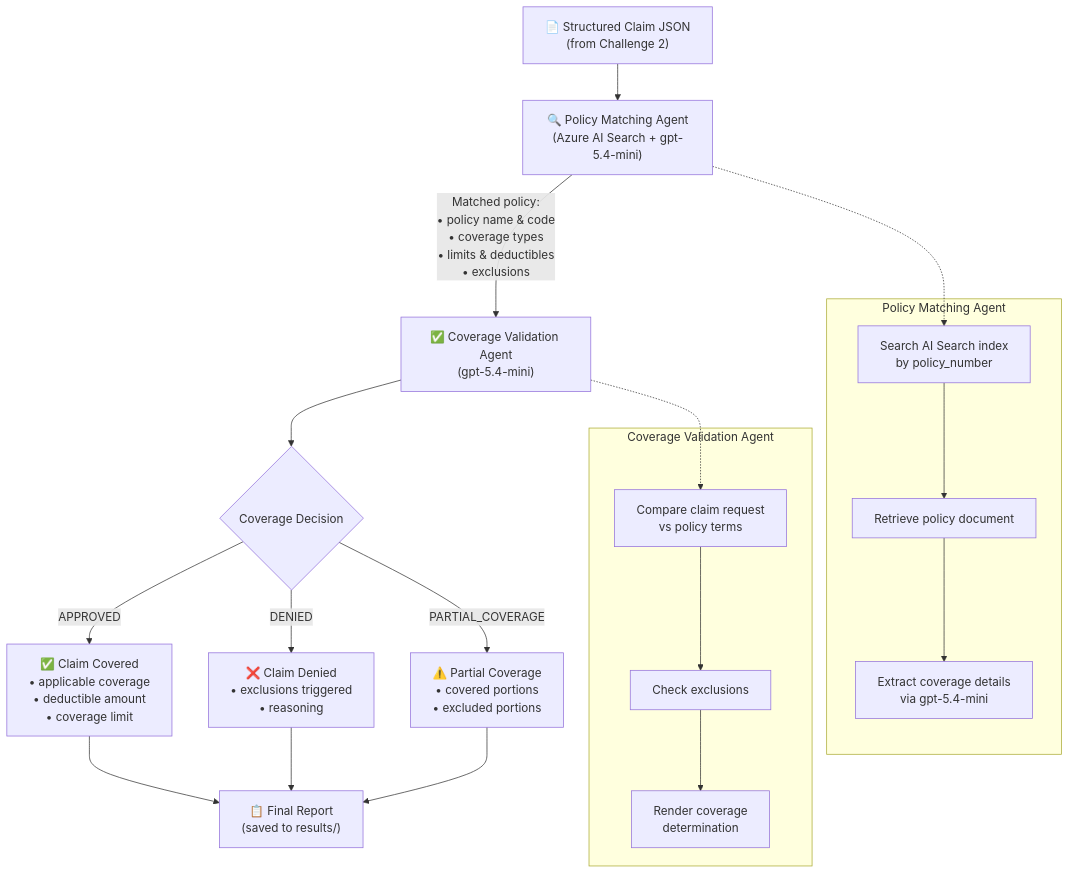
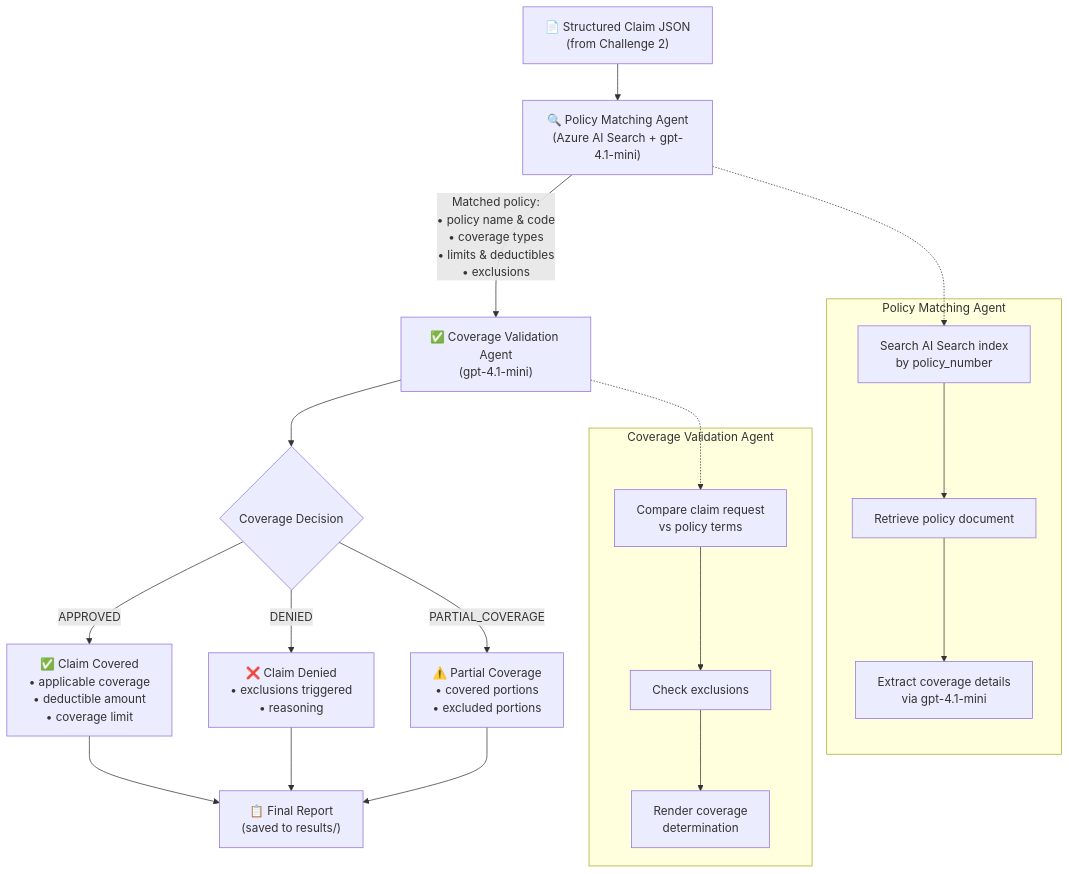
The diagram in challenge-6/README.md (Azure-Samples/claims-processing-hack), drawn with Mermaid before and after one commit. The commit also changed other lines of this file and 13 other files, not shown here.

Commit message:
gpt-4.1-mini

````diff
--- a/challenge-6/README.md
+++ b/challenge-6/README.md
@@ -154,24 +154,24 @@
 ```mermaid
 flowchart TD
-    A["📄 Structured Claim JSON\n(from Challenge 2)"] --> B["🔍 Policy Matching Agent\n(Azure AI Search + gpt-5.4-mini)"]
-    B -->|"Matched policy:\n• policy name & code\n• coverage types\n• limits & deductibles\n• exclusions"| C["✅ Coverage Validation Agent\n(gpt-5.4-mini)"]
+    A["📄 Structured Claim JSON\n(from Challenge 2)"] --> B["🔍 Policy Matching Agent\n(Azure AI Search + gpt-4.1-mini)"]
+    B -->|"Matched policy:\n• policy name & code\n• coverage types\n• limits & deductibles\n• exclusions"| C["✅ Coverage Validation Agent\n(gpt-4.1-mini)"]
     C --> D{"Coverage Decision"}
     D -->|APPROVED| E["✅ Claim Covered\n• applicable coverage\n• deductible amount\n• coverage limit"]
     D -->|DENIED| F["❌ Claim Denied\n• exclusions triggered\n• reasoning"]
     D -->|PARTIAL_COVERAGE| G["⚠️ Partial Coverage\n• covered portions\n• excluded portions"]
     E --> H["📋 Final Report\n(saved to results/)"]
     F --> H
     G --> H
 
     subgraph "Policy Matching Agent"
         B1["Search AI Search index\nby policy_number"] --> B2["Retrieve policy document"]
-        B2 --> B3["Extract coverage details\nvia gpt-5.4-mini"]
+        B2 --> B3["Extract coverage details\nvia gpt-4.1-mini"]
     end
 
     subgraph "Coverage Validation Agent"
         C1["Compare claim request\nvs policy terms"] --> C2["Check exclusions"] --> C3["Render coverage\ndetermination"]
     end
 
     B -.-> B1
     C -.-> C1
 ```
````
